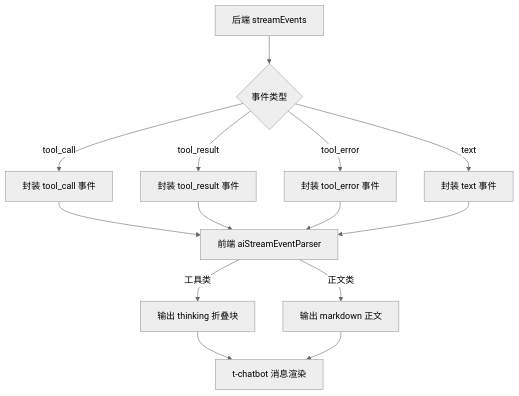
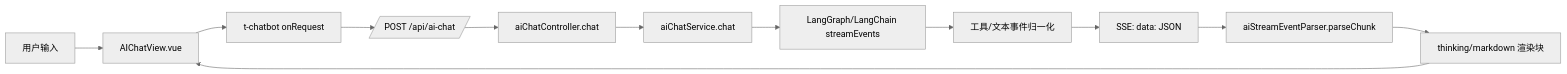
The first of 2 diagrams in docs/AI聊天工具事件解析设计.md (chendingya/ai-travel-planner), drawn with Mermaid (neutral theme) before and after one commit. The commit also changed other lines of this file and 5 other files, not shown here.

First line of the commit message:
feat: Implement virtual rendering for history sessions in AIChatView

````diff
--- a/docs/AI聊天工具事件解析设计.md
+++ b/docs/AI聊天工具事件解析设计.md
@@ -59,16 +15,14 @@
 ```mermaid
-flowchart TD
-  A[后端 streamEvents] --> B{事件类型}
-  B -->|tool_call| C[封装 tool_call 事件]
-  B -->|tool_result| D[封装 tool_result 事件]
-  B -->|tool_error| E[封装 tool_error 事件]
-  B -->|text| F[封装 text 事件]
-  C --> G[前端 aiStreamEventParser]
-  D --> G
-  E --> G
-  F --> G
-  G -->|工具类| H[输出 thinking 折叠块]
-  G -->|正文类| I[输出 markdown 正文]
-  H --> J[t-chatbot 消息渲染]
-  I --> J
+flowchart LR
+  U[用户输入] --> FE1[AIChatView.vue]
+  FE1 --> FE2[t-chatbot onRequest]
+  FE2 --> API[/POST /api/ai-chat/]
+  API --> C[aiChatController.chat]
+  C --> S[aiChatService.chat]
+  S --> L[LangGraph/LangChain streamEvents]
+  L --> S2[工具/文本事件归一化]
+  S2 --> C2[SSE: data: JSON]
+  C2 --> FE3[aiStreamEventParser.parseChunk]
+  FE3 --> FE4[thinking/markdown 渲染块]
+  FE4 --> FE1
 ```
````
